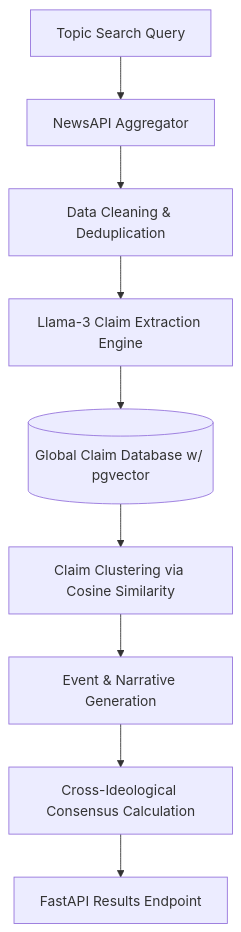
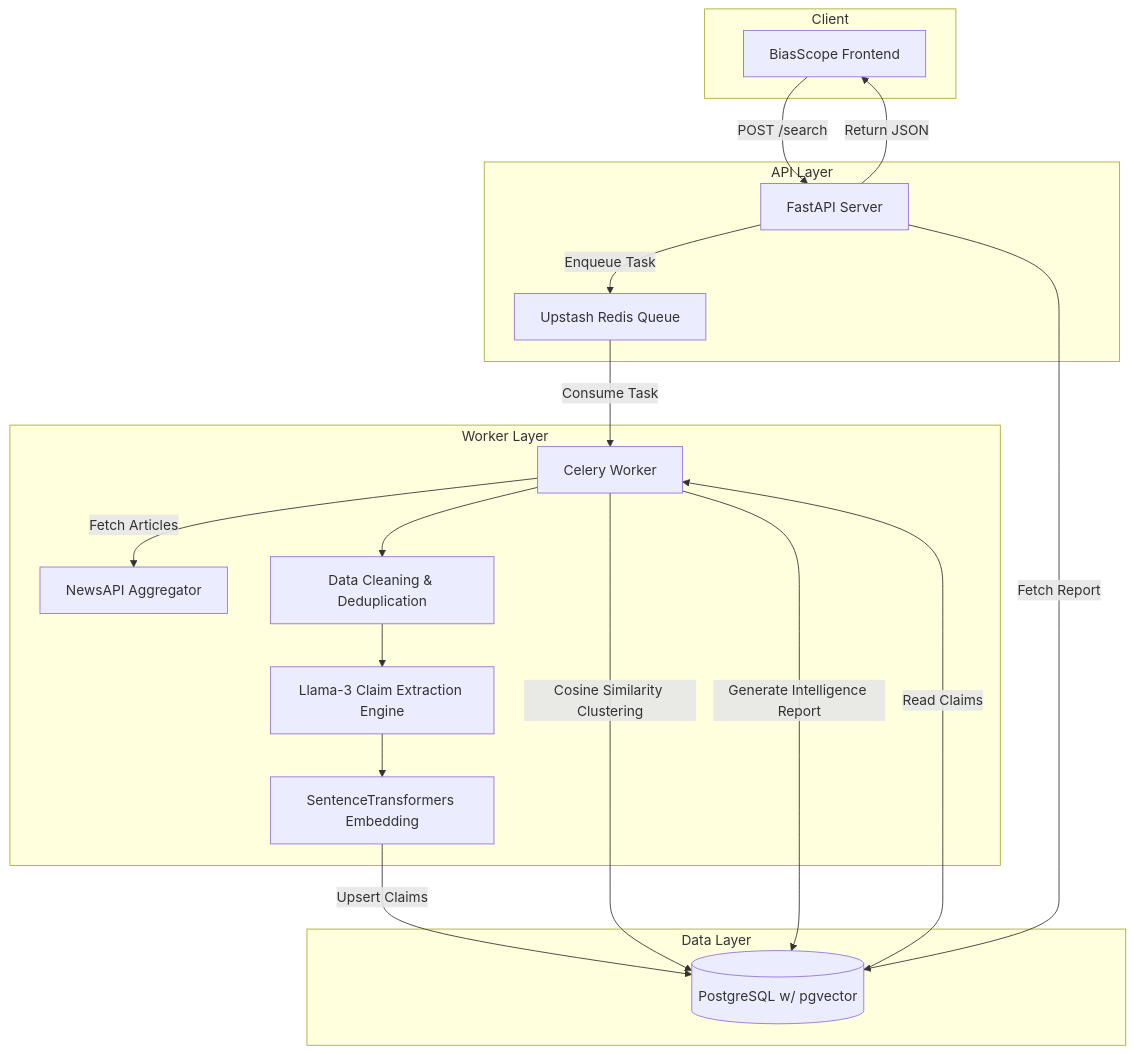
The diagram in README.md (kankaniakshat185/biasscope-hf-backend), drawn with Mermaid before and after one commit. The commit also changed other lines of this file, not shown here.

````diff
--- a/README.md
+++ b/README.md
@@ -41,14 +44,40 @@
 ```mermaid
 graph TD
-    A[Topic Search Query] --> B[NewsAPI Aggregator]
+    subgraph Client
+        UI[BiasScope Frontend]
+    end
+
+    subgraph API Layer
+        API[FastAPI Server]
+        Redis[Upstash Redis Queue]
+    end
+
+    subgraph Worker Layer
+        Worker[Celery Worker]
+        NewsAPI[NewsAPI Aggregator]
+        Clean[Data Cleaning & Deduplication]
+        LLM[Llama-3 Claim Extraction Engine]
+        Embed[SentenceTransformers Embedding]
+    end
+
+    subgraph Data Layer
+        DB[(PostgreSQL w/ pgvector)]
+    end
+
+    UI -->|POST /search| API
+    API -->|Enqueue Task| Redis
+    Redis -->|Consume Task| Worker
     
-    B --> C[Data Cleaning & Deduplication]
-    C --> D[Llama-3 Claim Extraction Engine]
+    Worker -->|Fetch Articles| NewsAPI
+    Worker --> Clean
+    Clean --> LLM
+    LLM --> Embed
+    Embed -->|Upsert Claims| DB
     
-    D --> E[(Global Claim Database w/ pgvector)]
-    E --> F[Claim Clustering via Cosine Similarity]
-    F --> G[Event & Narrative Generation]
+    DB -->|Read Claims| Worker
+    Worker -->|Cosine Similarity Clustering| DB
     
-    G --> H[Cross-Ideological Consensus Calculation]
-    H --> I[FastAPI Results Endpoint]
+    Worker -->|Generate Intelligence Report| DB
+    API -->|Fetch Report| DB
+    API -->|Return JSON| UI
 ```
````
